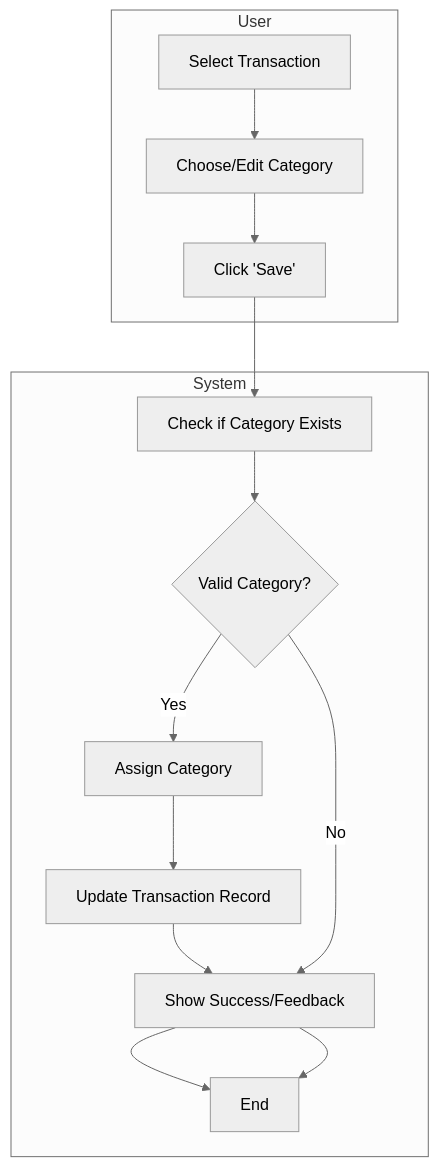
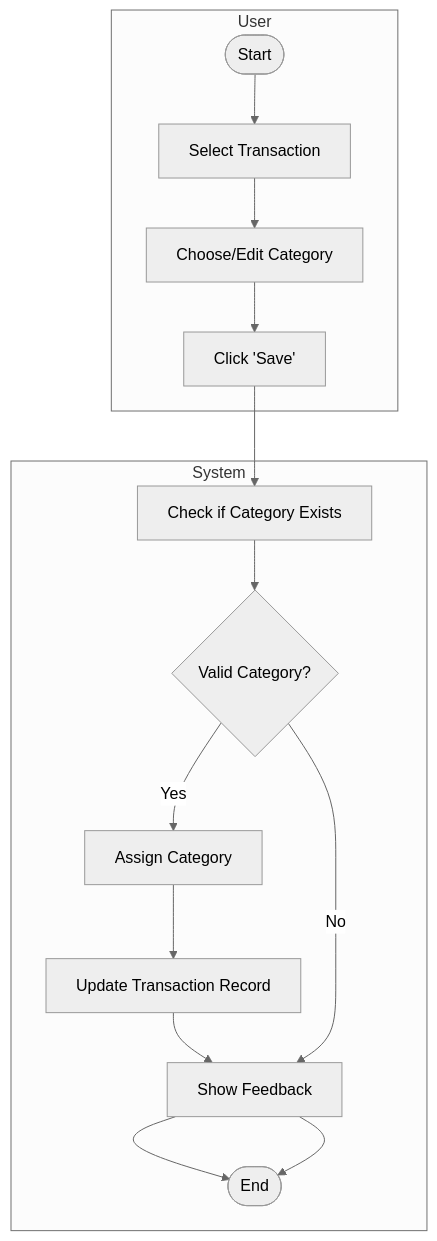
Before and after one commit to Wareezy/Budget_Tracker: the fourth of 8 diagrams in Assignment_8/ACTIVITY_DIAGRAMS.md, drawn with Mermaid (neutral theme). The commit also changed other lines of this file, not shown here.

````diff
--- a/Assignment_8/ACTIVITY_DIAGRAMS.md
+++ b/Assignment_8/ACTIVITY_DIAGRAMS.md
@@ -102,22 +82,16 @@
 ```mermaid
 
 flowchart TD
     subgraph User
-        A1[Select Transaction]
-        A2[Choose/Edit Category]
-        A3[Click 'Save']
+        A1([Start]) --> A2[Select Transaction] --> A3[Choose/Edit Category] --> A4[Click 'Save']
     end
 
     subgraph System
-        B1[Check if Category Exists]
-        B2{Valid Category?}
-        B3[Assign Category]
-        B4[Update Transaction Record]
-        B5[Show Success/Feedback]
-        B6[End]
+        B1[Check if Category Exists] --> B2{Valid Category?}
+        B2 -- Yes --> B3[Assign Category] --> B4[Update Transaction Record] --> B5[Show Feedback] --> B6([End])
+        B2 -- No --> B5 --> B6
     end
 
-    A1 --> A2 --> A3 --> B1 --> B2
-    B2 -- Yes --> B3 --> B4 --> B5 --> B6
-    B2 -- No --> B5 --> B6
+    A4 --> B1
+
 ```
````
